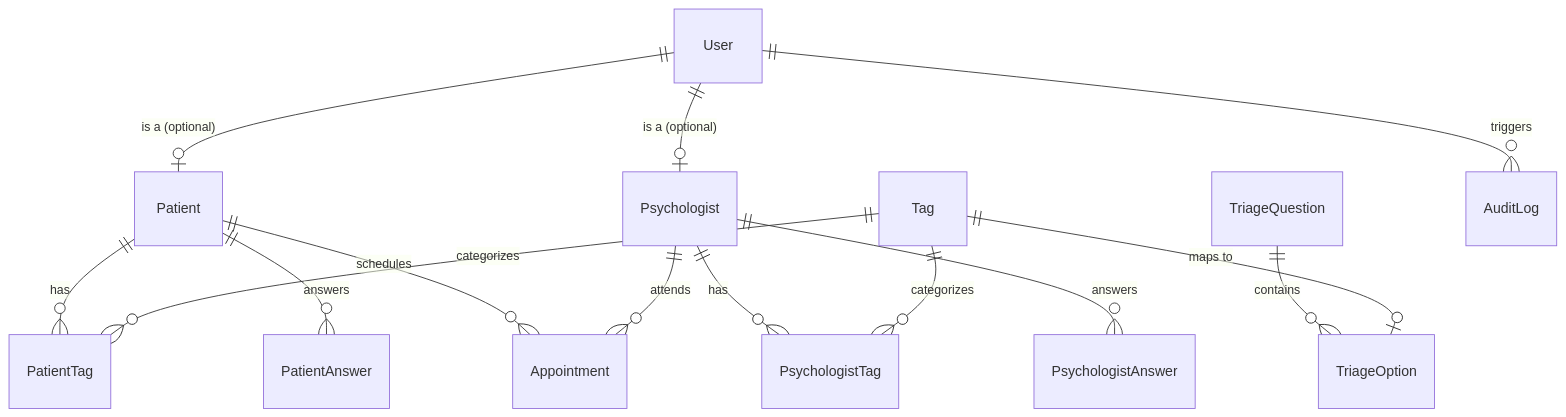
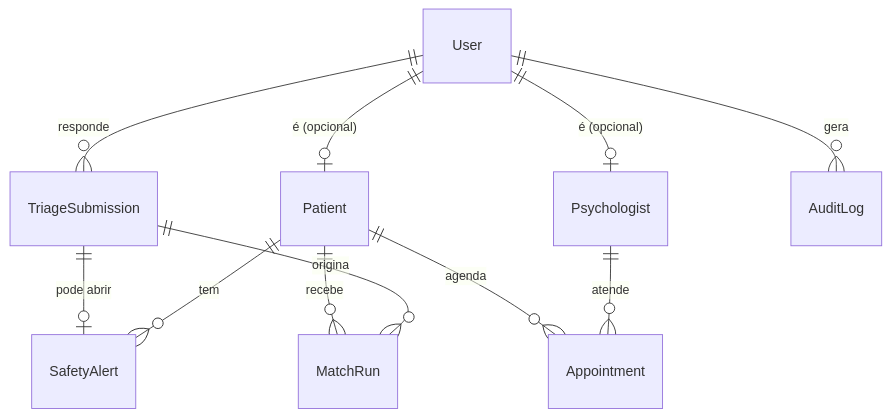
One commit to Dev-Carlos-Alves/hopemind changed the diagram in docs/projeto/mapa-entidades.md. Above: the diagram before and after it, drawn with Mermaid. The commit also changed other lines of this file and 27 other files, not shown here.

First line of the commit message:
feat(match): implement the patient-psychologist matching spec

````diff
--- a/docs/projeto/mapa-entidades.md
+++ b/docs/projeto/mapa-entidades.md
@@ -9,16 +9,13 @@
 ```mermaid
 erDiagram
-    User ||--o| Patient : "is a (optional)"
-    User ||--o| Psychologist : "is a (optional)"
-    Patient ||--o{ PatientTag : "has"
-    Psychologist ||--o{ PsychologistTag : "has"
-    Tag ||--o{ PatientTag : "categorizes"
-    Tag ||--o{ PsychologistTag : "categorizes"
-    TriageQuestion ||--o{ TriageOption : "contains"
-    Tag ||--o| TriageOption : "maps to"
-    Patient ||--o{ PatientAnswer : "answers"
-    Psychologist ||--o{ PsychologistAnswer : "answers"
-    Patient ||--o{ Appointment : "schedules"
-    Psychologist ||--o{ Appointment : "attends"
-    User ||--o{ AuditLog : "triggers"
+    User ||--o| Patient : "é (opcional)"
+    User ||--o| Psychologist : "é (opcional)"
+    User ||--o{ TriageSubmission : "responde"
+    TriageSubmission ||--o| SafetyAlert : "pode abrir"
+    Patient ||--o{ SafetyAlert : "tem"
+    Patient ||--o{ MatchRun : "recebe"
+    TriageSubmission ||--o{ MatchRun : "origina"
+    Patient ||--o{ Appointment : "agenda"
+    Psychologist ||--o{ Appointment : "atende"
+    User ||--o{ AuditLog : "gera"
 ```
````
